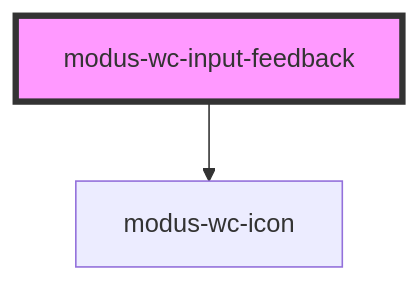
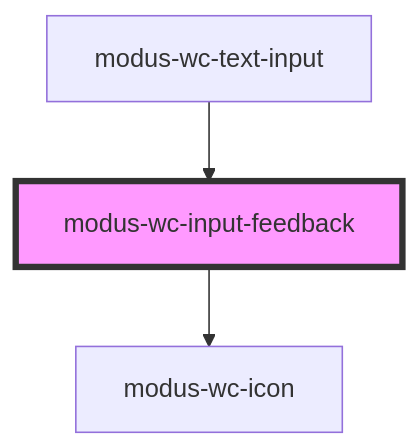
Before and after one commit to trimble-oss/modus-wc-2.0: the diagram in src/components/modus-wc-input-feedback/readme.md, drawn with Mermaid. The commit also changed other lines of this file and 12 other files, not shown here.

Commit message:
feat: add input-feedback to text-input

````diff
--- a/src/components/modus-wc-input-feedback/readme.md
+++ b/src/components/modus-wc-input-feedback/readme.md
@@ -34,5 +38,6 @@
 ```mermaid
 graph TD;
   modus-wc-input-feedback --> modus-wc-icon
+  modus-wc-text-input --> modus-wc-input-feedback
   style modus-wc-input-feedback fill:#f9f,stroke:#333,stroke-width:4px
 ```
````
